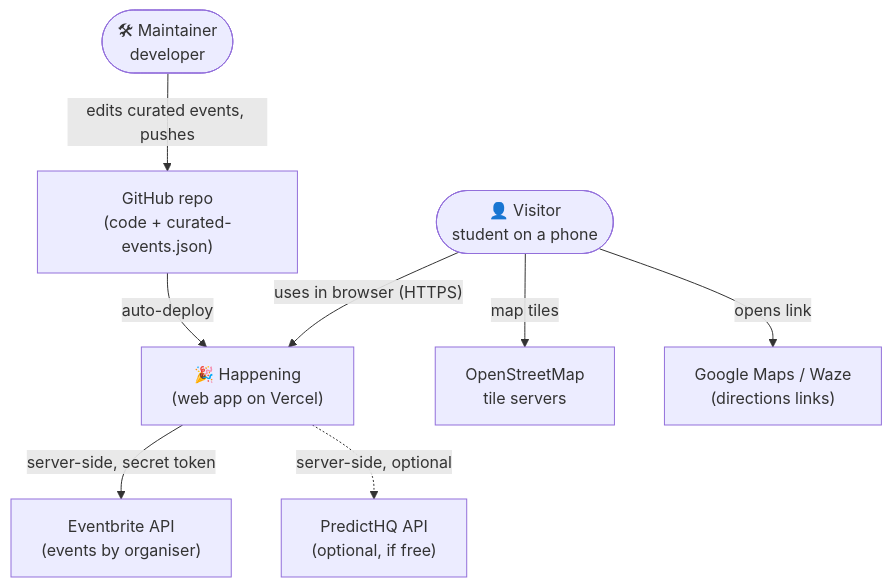
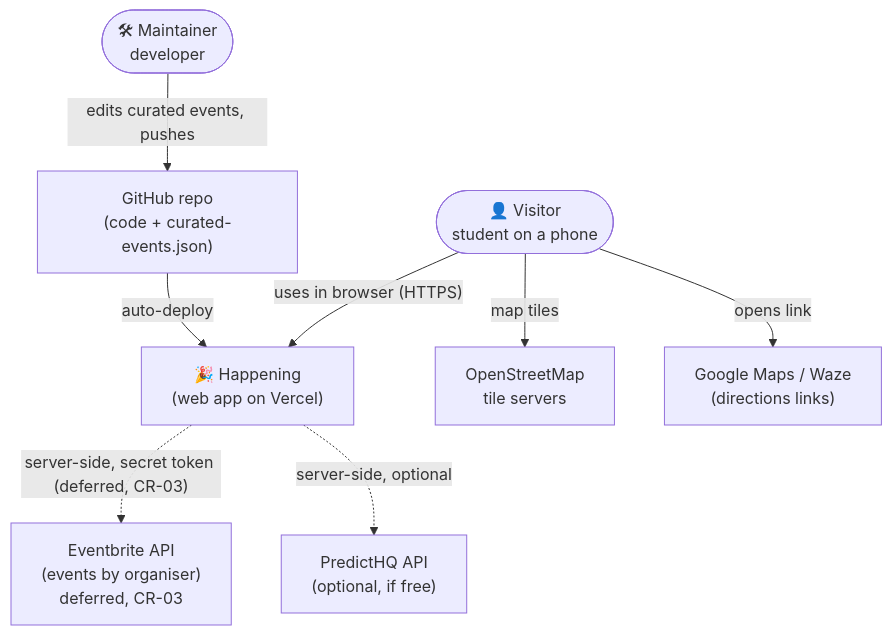
The first of 3 diagrams in docs/03-design/architecture.md (hiiew/events-near-me), drawn with Mermaid before and after one commit. The commit also changed other lines of this file and 14 other files, not shown here.

````diff
--- a/docs/03-design/architecture.md
+++ b/docs/03-design/architecture.md
@@ -31,19 +31,19 @@
 ```mermaid
 flowchart TB
     user(["👤 Visitor<br/>student on a phone"])
     maint(["🛠 Maintainer<br/>developer"])
     app["🎉 Happening<br/>(web app on Vercel)"]
-    eb["Eventbrite API<br/>(events by organiser)"]
+    eb["Eventbrite API<br/>(events by organiser)<br/>deferred, CR-03"]
     phq["PredictHQ API<br/>(optional, if free)"]
     osm["OpenStreetMap<br/>tile servers"]
     gmaps["Google Maps / Waze<br/>(directions links)"]
     gh["GitHub repo<br/>(code + curated-events.json)"]
 
     user -->|"uses in browser (HTTPS)"| app
-    app -->|"server-side, secret token"| eb
+    app -.->|"server-side, secret token (deferred, CR-03)"| eb
     app -.->|"server-side, optional"| phq
     user -->|"map tiles"| osm
     user -->|"opens link"| gmaps
     maint -->|"edits curated events, pushes"| gh
     gh -->|"auto-deploy"| app
 ```
````
